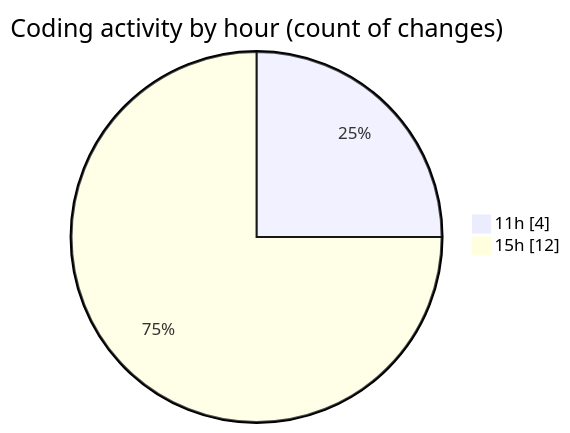
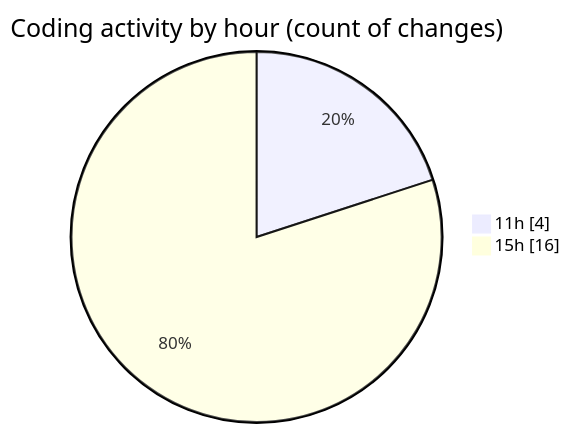
Before and after one commit to nxtqubesakshisongat/code-tracking: the second of 2 diagrams in 2025-05-29/nxtqube_webapp/README.md, drawn with Mermaid. The commit also changed other lines of this file and 1 other file, not shown here.

````diff
--- a/2025-05-29/nxtqube_webapp/README.md
+++ b/2025-05-29/nxtqube_webapp/README.md
@@ -33,6 +34,6 @@
 ```mermaid
 pie showData
 title Coding activity by hour (count of changes)
 "11h" : 4
-"15h" : 12
+"15h" : 16
 ```
````
